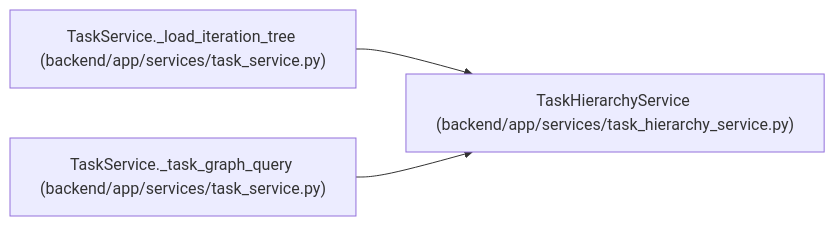
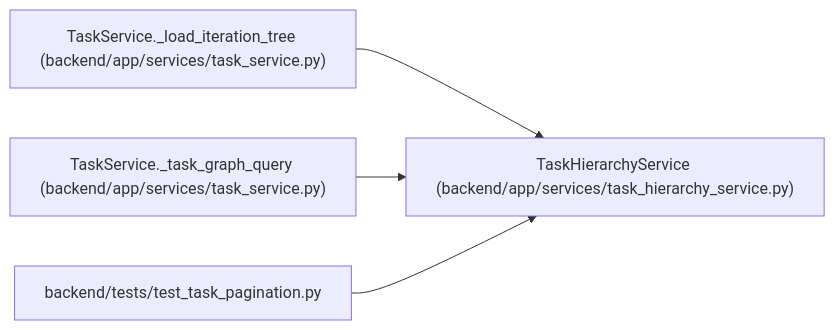
Before and after one commit to Denissvgn/WorkChord: the diagram in docs/llm_wiki/entities/TaskHierarchyService.md, drawn with Mermaid. The commit also changed other lines of this file and 405 other files, not shown here.

````diff
--- a/docs/llm_wiki/entities/TaskHierarchyService.md
+++ b/docs/llm_wiki/entities/TaskHierarchyService.md
@@ -27,11 +27,14 @@
 ```mermaid
 flowchart LR
     n0["TaskHierarchyService (backend/app/services/task_hierarchy_service.py)"]
     n1["TaskService._load_iteration_tree (backend/app/services/task_service.py)"]
     n2["TaskService._task_graph_query (backend/app/services/task_service.py)"]
+    n3["backend/tests/test_task_pagination.py"]
     n1 --> n0
     n2 --> n0
+    n3 --> n0
     click n0 "../modules/task_hierarchy_service.md"
     click n1 "../modules/task_service.md"
     click n2 "../modules/task_service.md"
+    click n3 "../modules/test_task_pagination.md"
 ```
````
